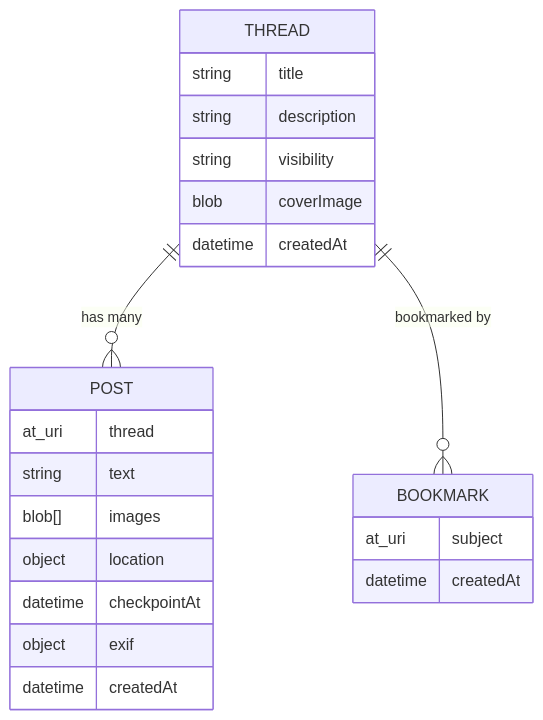
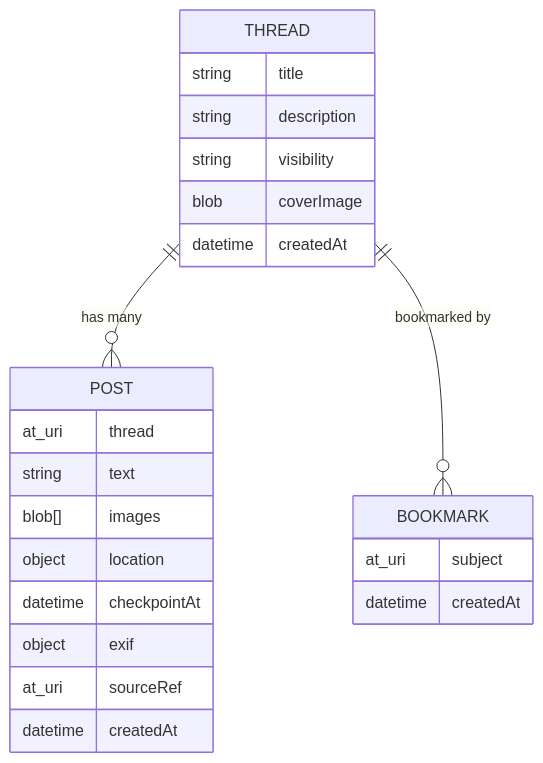
Before and after one commit to ShinoharaTa/trailcast: the second of 2 diagrams in docs/architecture.md, drawn with Mermaid. The commit also changed other lines of this file and 2 other files, not shown here.

````diff
--- a/docs/architecture.md
+++ b/docs/architecture.md
@@ -92,28 +95,29 @@
 ```mermaid
 erDiagram
   THREAD ||--o{ POST : "has many"
   THREAD ||--o{ BOOKMARK : "bookmarked by"
 
   THREAD {
     string title
     string description
     string visibility
     blob coverImage
     datetime createdAt
   }
 
   POST {
     at_uri thread
     string text
     blob[] images
     object location
     datetime checkpointAt
     object exif
+    at_uri sourceRef
     datetime createdAt
   }
 
   BOOKMARK {
     at_uri subject
     datetime createdAt
   }
 ```
````
